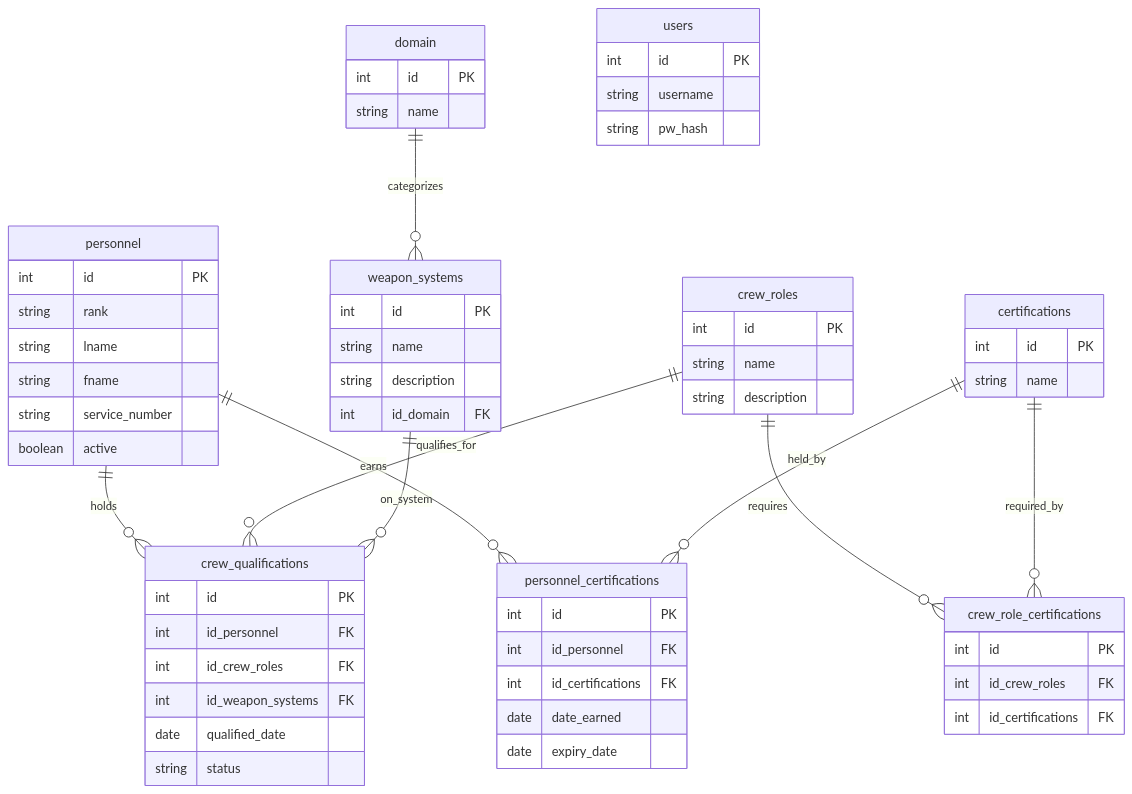
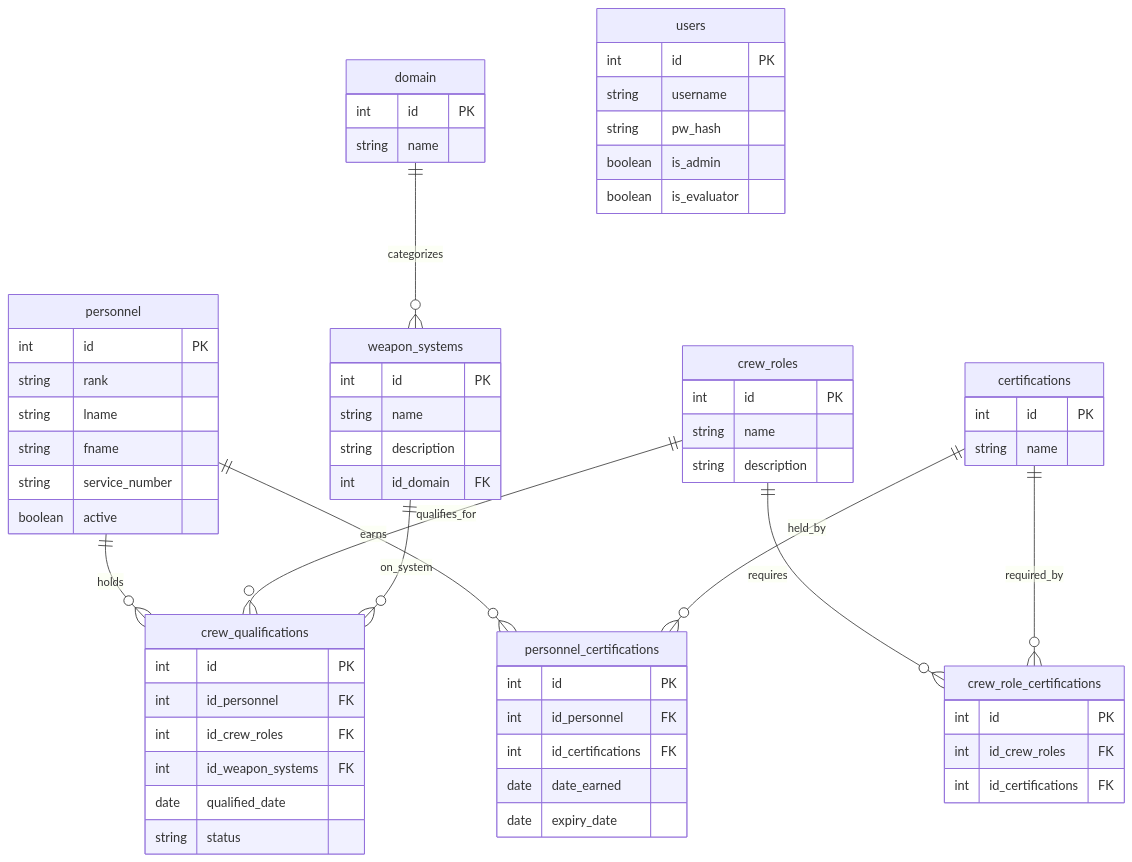
One commit to aries510/sdi-capstone-chesters-smile changed the diagram in README.md. Above: the diagram before and after it, drawn with Mermaid.

````diff
--- a/README.md
+++ b/README.md
@@ -3,64 +3,66 @@
 ```mermaid
 erDiagram
   personnel ||--o{ crew_qualifications : holds
   crew_roles ||--o{ crew_qualifications : qualifies_for
   weapon_systems ||--o{ crew_qualifications : on_system
   domain ||--o{ weapon_systems : categorizes
   personnel ||--o{ personnel_certifications : earns
   certifications ||--o{ personnel_certifications : held_by
   crew_roles ||--o{ crew_role_certifications : requires
   certifications ||--o{ crew_role_certifications : required_by
 
   users {
     int id PK
     string username
     string pw_hash
+    boolean is_admin
+    boolean is_evaluator
   }
   personnel {
     int id PK
     string rank
     string lname
     string fname
     string service_number
     boolean active
   }
   crew_roles {
     int id PK
     string name
     string description
   }
   weapon_systems {
     int id PK
     string name
     string description
     int id_domain FK
   }
   domain {
     int id PK
     string name
   }
   crew_qualifications {
     int id PK
     int id_personnel FK
     int id_crew_roles FK
     int id_weapon_systems FK
     date qualified_date
     string status
   }
   certifications {
     int id PK
     string name
   }
   personnel_certifications {
     int id PK
     int id_personnel FK
     int id_certifications FK
     date date_earned
     date expiry_date
   }
   crew_role_certifications {
     int id PK
     int id_crew_roles FK
     int id_certifications FK
   }
 ```
````
